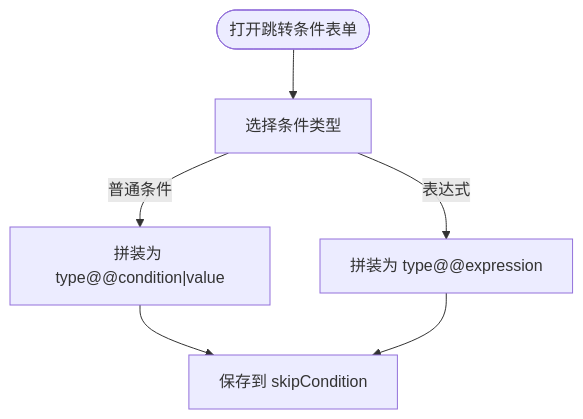
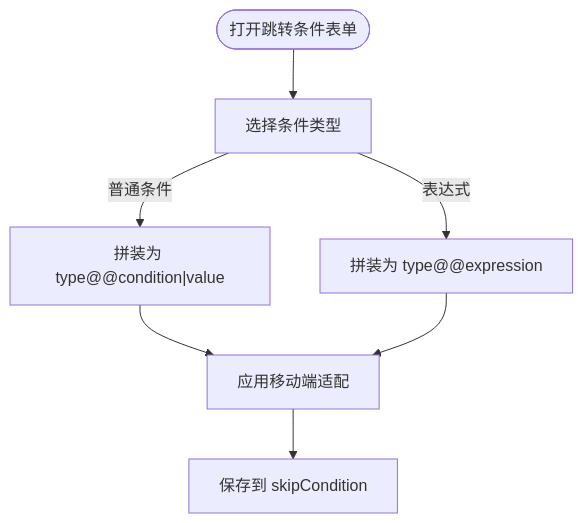
Before and after one commit to dromara/warm-flow: the fifth of 8 diagrams in .qoder/repowiki/zh/content/可视化设计器/节点属性配置.md, drawn with Mermaid. The commit also changed other lines of this file and 18 other files, not shown here.

````diff
--- a/.qoder/repowiki/zh/content/可视化设计器/节点属性配置.md
+++ b/.qoder/repowiki/zh/content/可视化设计器/节点属性配置.md
@@ -199,8 +227,9 @@
 ```mermaid
 flowchart TD
 S0(["打开跳转条件表单"]) --> TypeSel["选择条件类型"]
 TypeSel --> |普通条件| Build["拼装为 type@@condition|value"]
 TypeSel --> |表达式| BuildExpr["拼装为 type@@expression"]
-Build --> Save["保存到 skipCondition"]
-BuildExpr --> Save
+Build --> Responsive["应用移动端适配"]
+BuildExpr --> Responsive
+Responsive --> Save["保存到 skipCondition"]
 ```
````
